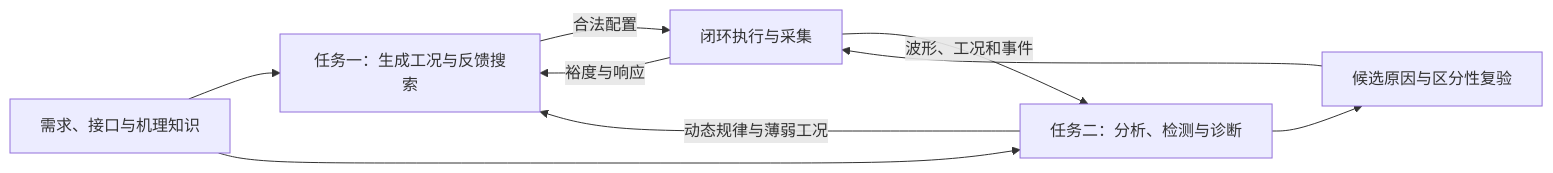
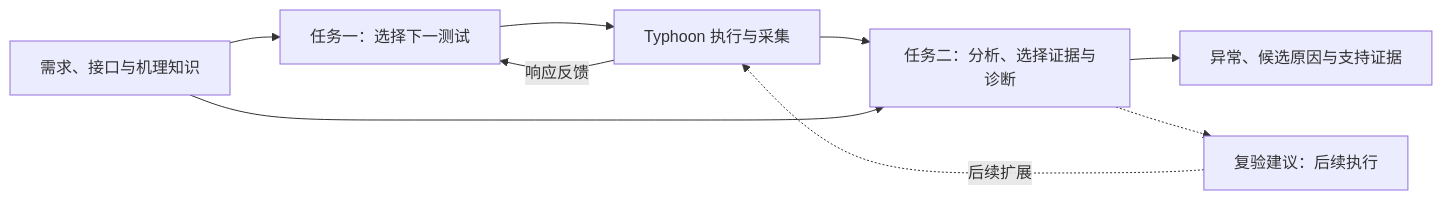
One commit to LYX2LK/Typhoon-HIL-lab-workflow changed the first of 3 diagrams in docs/research/2026-11-11-hil-ai-selection/discussion-brief.md. Above: the diagram before and after it, drawn with Mermaid. The commit also changed other lines of this file and 3 other files, not shown here.

````diff
--- a/docs/research/2026-11-11-hil-ai-selection/discussion-brief.md
+++ b/docs/research/2026-11-11-hil-ai-selection/discussion-brief.md
@@ -18,11 +18,11 @@
 ```mermaid
 flowchart LR
-    K["需求、接口与机理知识"] --> A["任务一：生成工况与反馈搜索"]
-    A -->|合法配置| E["闭环执行与采集"]
-    E -->|裕度与响应| A
-    E -->|波形、工况和事件| B["任务二：分析、检测与诊断"]
+    K["需求、接口与机理知识"] --> A["任务一：选择下一测试"]
+    A --> E["Typhoon 执行与采集"]
+    E -->|响应反馈| A
+    E --> B["任务二：分析、选择证据与诊断"]
     K --> B
-    B --> R["候选原因与区分性复验"]
-    R --> E
-    B -->|动态规律与薄弱工况| A
+    B --> O["异常、候选原因与支持证据"]
+    B -.-> R["复验建议：后续执行"]
+    R -.->|后续扩展| E
 ```
````
